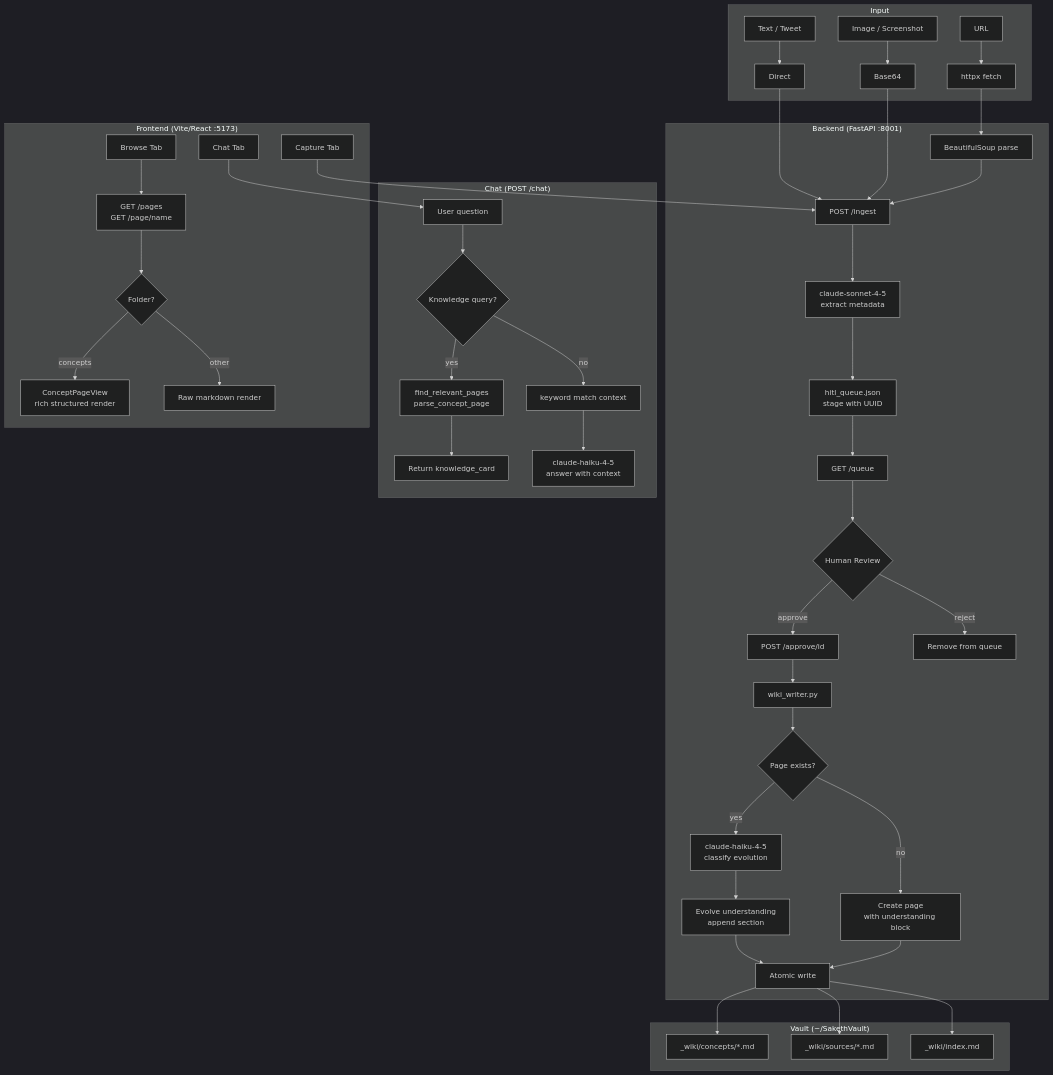
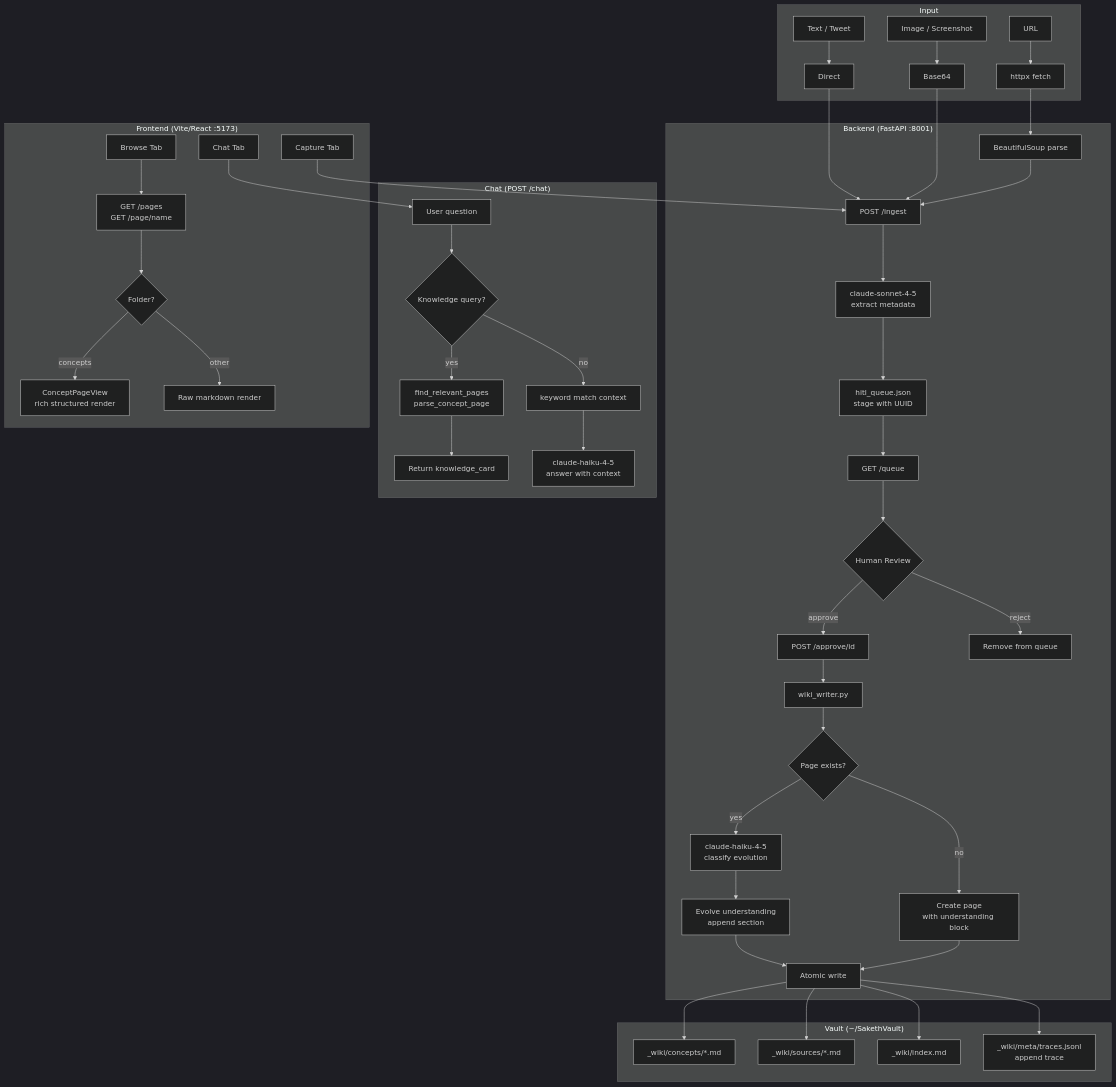
One commit to Sakethv7/SakethWiki changed the second of 2 diagrams in CONCEPTS.md. Above: the diagram before and after it, drawn with Mermaid (dark theme). The commit also changed other lines of this file and 3 other files, not shown here.

````diff
--- a/CONCEPTS.md
+++ b/CONCEPTS.md
@@ -5,51 +15,52 @@
 ```mermaid
 graph TB
     subgraph Input
         A[URL] --> B[httpx fetch]
         C[Text / Tweet] --> D[Direct]
         E[Image / Screenshot] --> F[Base64]
     end
 
     subgraph Backend["Backend (FastAPI :8001)"]
         B --> G[BeautifulSoup parse]
         D --> H
         F --> H
         G --> H[POST /ingest]
         H --> I[claude-sonnet-4-5\nextract metadata]
         I --> J[hitl_queue.json\nstage with UUID]
         J --> K[GET /queue]
         K --> L{Human Review}
         L -- approve --> M[POST /approve/id]
         L -- reject --> N[Remove from queue]
         M --> O[wiki_writer.py]
         O --> P{Page exists?}
         P -- yes --> Q[claude-haiku-4-5\nclassify evolution]
         P -- no --> R[Create page\nwith understanding block]
         Q --> S[Evolve understanding\nappend section]
         S --> T[Atomic write]
         R --> T
     end
 
     subgraph Vault["Vault (~/SakethVault)"]
         T --> U[_wiki/concepts/*.md]
         T --> V[_wiki/sources/*.md]
         T --> W[_wiki/index.md]
+        T --> TR[_wiki/meta/traces.jsonl\nappend trace]
     end
 
     subgraph Chat["Chat (POST /chat)"]
         X[User question] --> Y{Knowledge query?}
         Y -- yes --> Z[find_relevant_pages\nparse_concept_page]
         Y -- no --> AA[keyword match context]
         Z --> AB[Return knowledge_card]
         AA --> AC[claude-haiku-4-5\nanswer with context]
     end
 
     subgraph Frontend["Frontend (Vite/React :5173)"]
         CA[Capture Tab] --> H
         CB[Chat Tab] --> X
         CC[Browse Tab] --> CD[GET /pages\nGET /page/name]
         CD --> CE{Folder?}
         CE -- concepts --> CF[ConceptPageView\nrich structured render]
         CE -- other --> CG[Raw markdown render]
     end
 ```
````
